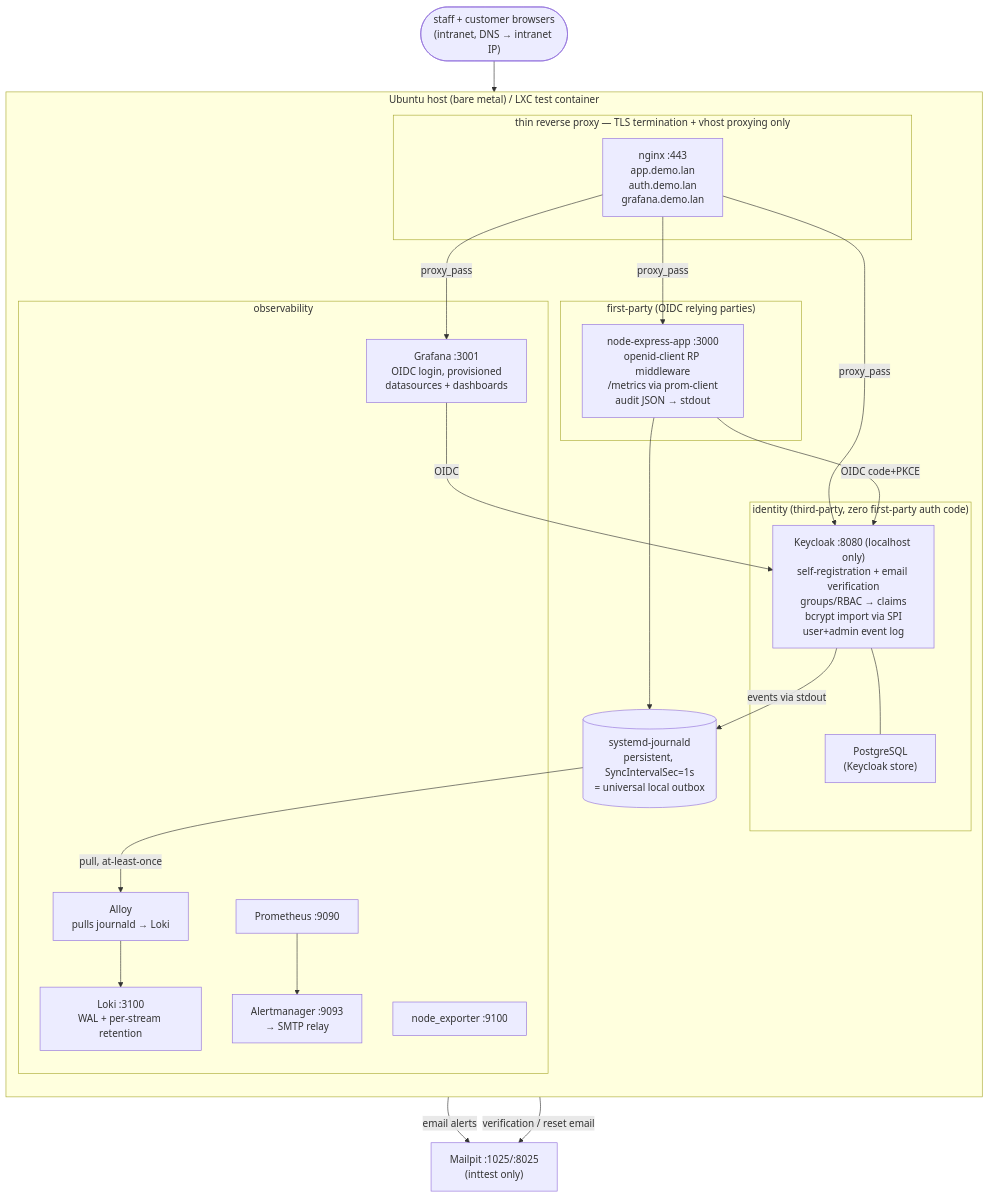
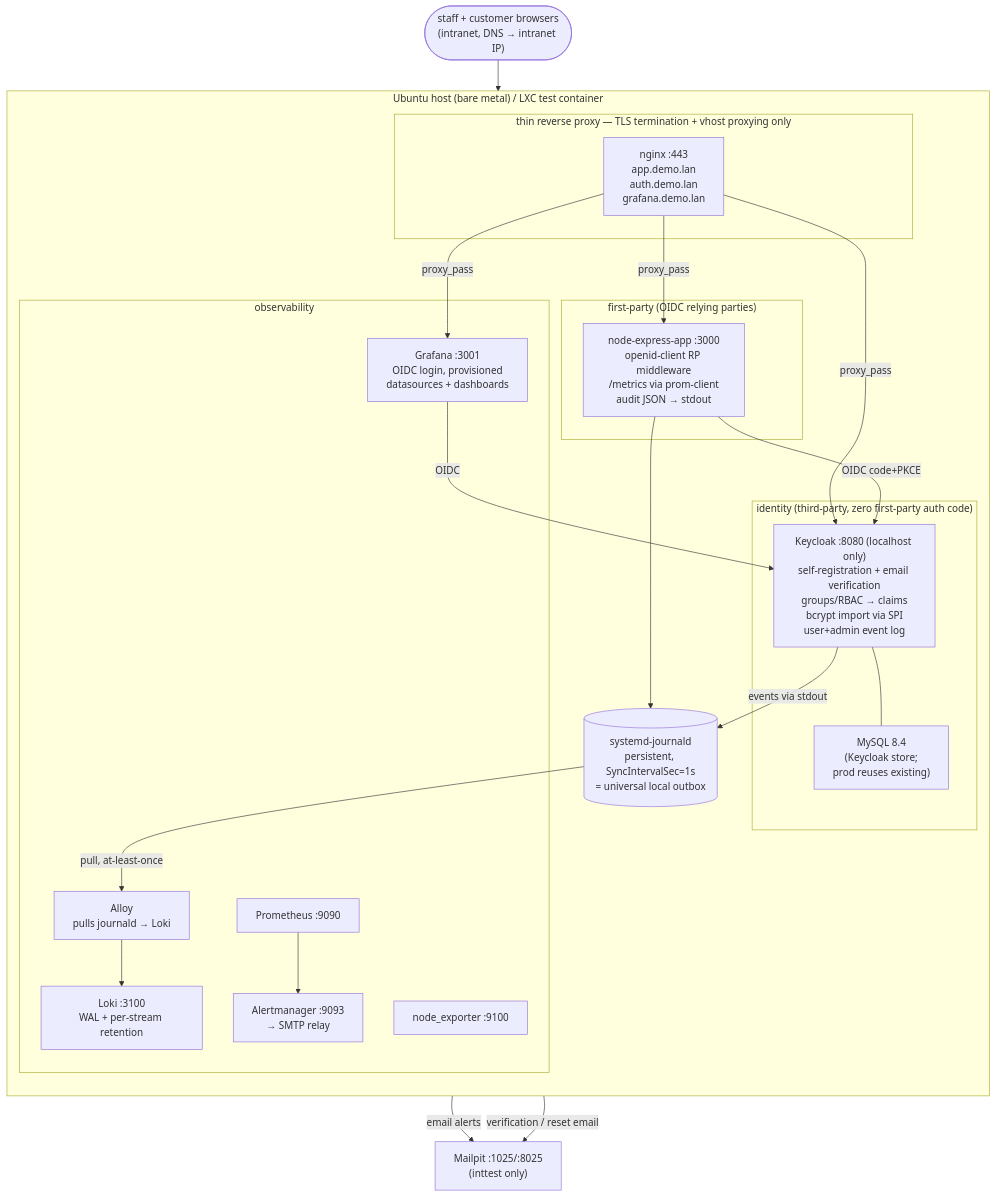
The first of 4 diagrams in docs/scoped-stack-plan.md (collinlooney/ansible-demo), drawn with Mermaid before and after one commit. The commit also changed other lines of this file and 24 other files, not shown here.

First line of the commit message:
feat(idp): Keycloak + MySQL roles, bcrypt credential import, login inttest

````diff
--- a/docs/scoped-stack-plan.md
+++ b/docs/scoped-stack-plan.md
@@ -136,45 +138,45 @@
 ```mermaid
 flowchart TB
     subgraph HOST["Ubuntu host (bare metal) / LXC test container"]
         direction TB
 
         subgraph EDGE["thin reverse proxy — TLS termination + vhost proxying only"]
             NGINX["nginx :443<br/>app.demo.lan<br/>auth.demo.lan<br/>grafana.demo.lan"]
         end
 
         subgraph APPS["first-party (OIDC relying parties)"]
             NODE["node-express-app :3000<br/>openid-client RP middleware<br/>/metrics via prom-client<br/>audit JSON → stdout"]
         end
 
         subgraph IDP["identity (third-party, zero first-party auth code)"]
             KC["Keycloak :8080 (localhost only)<br/>self-registration + email verification<br/>groups/RBAC → claims<br/>bcrypt import via SPI<br/>user+admin event log"]
-            PG["PostgreSQL<br/>(Keycloak store)"]
-            KC --- PG
+            MYSQL["MySQL 8.4<br/>(Keycloak store;<br/>prod reuses existing)"]
+            KC --- MYSQL
         end
 
         subgraph OBS["observability"]
             PROM["Prometheus :9090"]
             AM["Alertmanager :9093<br/>→ SMTP relay"]
             LOKI["Loki :3100<br/>WAL + per-stream retention"]
             ALLOY["Alloy<br/>pulls journald → Loki"]
             GRAF["Grafana :3001<br/>OIDC login, provisioned<br/>datasources + dashboards"]
             NEXP["node_exporter :9100"]
         end
 
         JOURNAL[("systemd-journald<br/>persistent, SyncIntervalSec=1s<br/>= universal local outbox")]
 
         NGINX -->|proxy_pass| NODE
         NGINX -->|proxy_pass| KC
         NGINX -->|proxy_pass| GRAF
         NODE -- "OIDC code+PKCE" --> KC
         GRAF -- "OIDC" --> KC
         NODE --> JOURNAL
         KC -->|events via stdout| JOURNAL
         JOURNAL -->|pull, at-least-once| ALLOY --> LOKI
         PROM --> AM
     end
     BROWSERS(["staff + customer browsers<br/>(intranet, DNS → intranet IP)"]) --> NGINX
     MAILPIT["Mailpit :1025/:8025<br/>(inttest only)"]
     AM -->|email alerts| MAILPIT
     KC -->|verification / reset email| MAILPIT
 ```
````
